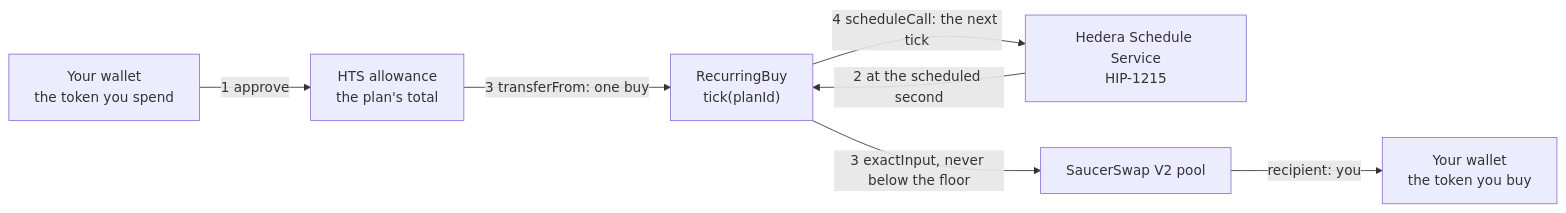
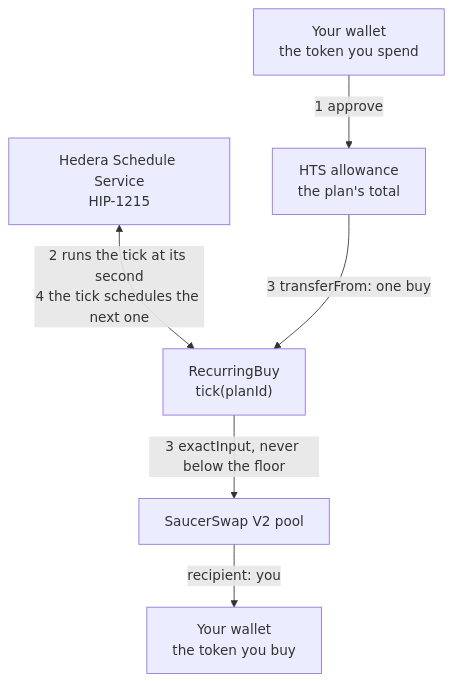
One commit to retailbox-automation/recurring-buy changed the diagram in README.md. Above: the diagram before and after it, drawn with Mermaid.

Commit message:
README: draw the flow top to bottom, so it fits the page

````diff
--- a/README.md
+++ b/README.md
@@ -22,15 +22,14 @@
 ```mermaid
-flowchart LR
+flowchart TB
+  hss["Hedera Schedule Service<br/>HIP-1215"]
   wallet["Your wallet<br/>the token you spend"]
   allowance["HTS allowance<br/>the plan's total"]
-  hss["Hedera Schedule Service<br/>HIP-1215"]
   tick["RecurringBuy<br/>tick(planId)"]
   pool["SaucerSwap V2 pool"]
   out["Your wallet<br/>the token you buy"]
+  hss <-->|"2 runs the tick at its second<br/>4 the tick schedules the next one"| tick
   wallet -->|"1 approve"| allowance
-  hss -->|"2 at the scheduled second"| tick
   allowance -->|"3 transferFrom: one buy"| tick
   tick -->|"3 exactInput, never below the floor"| pool
   pool -->|"recipient: you"| out
-  tick -->|"4 scheduleCall: the next tick"| hss
 ```
````
